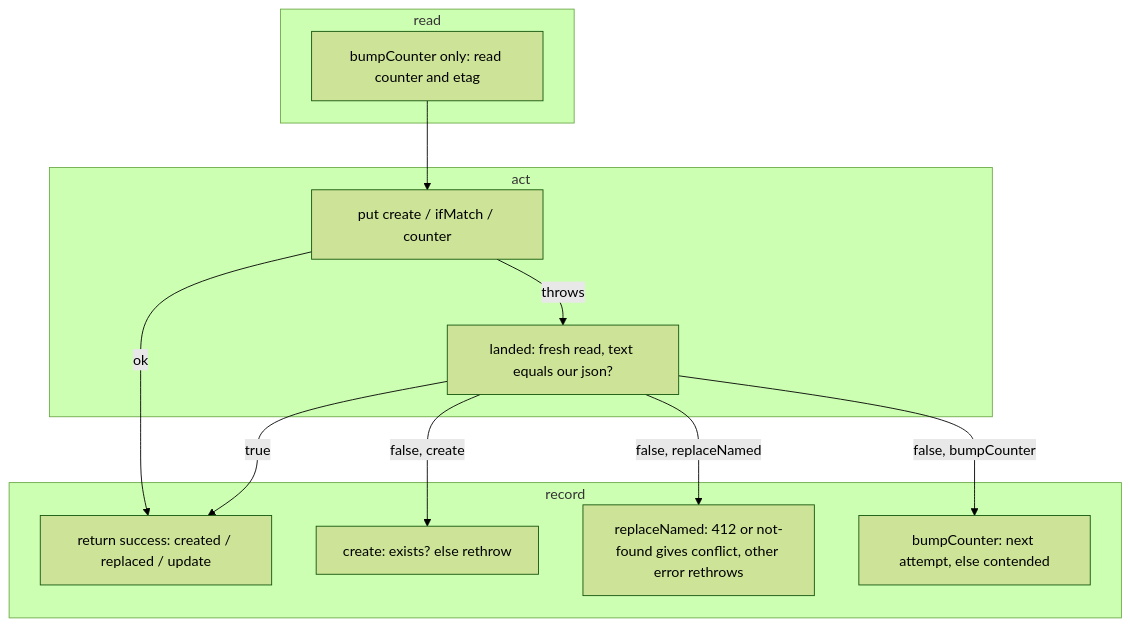
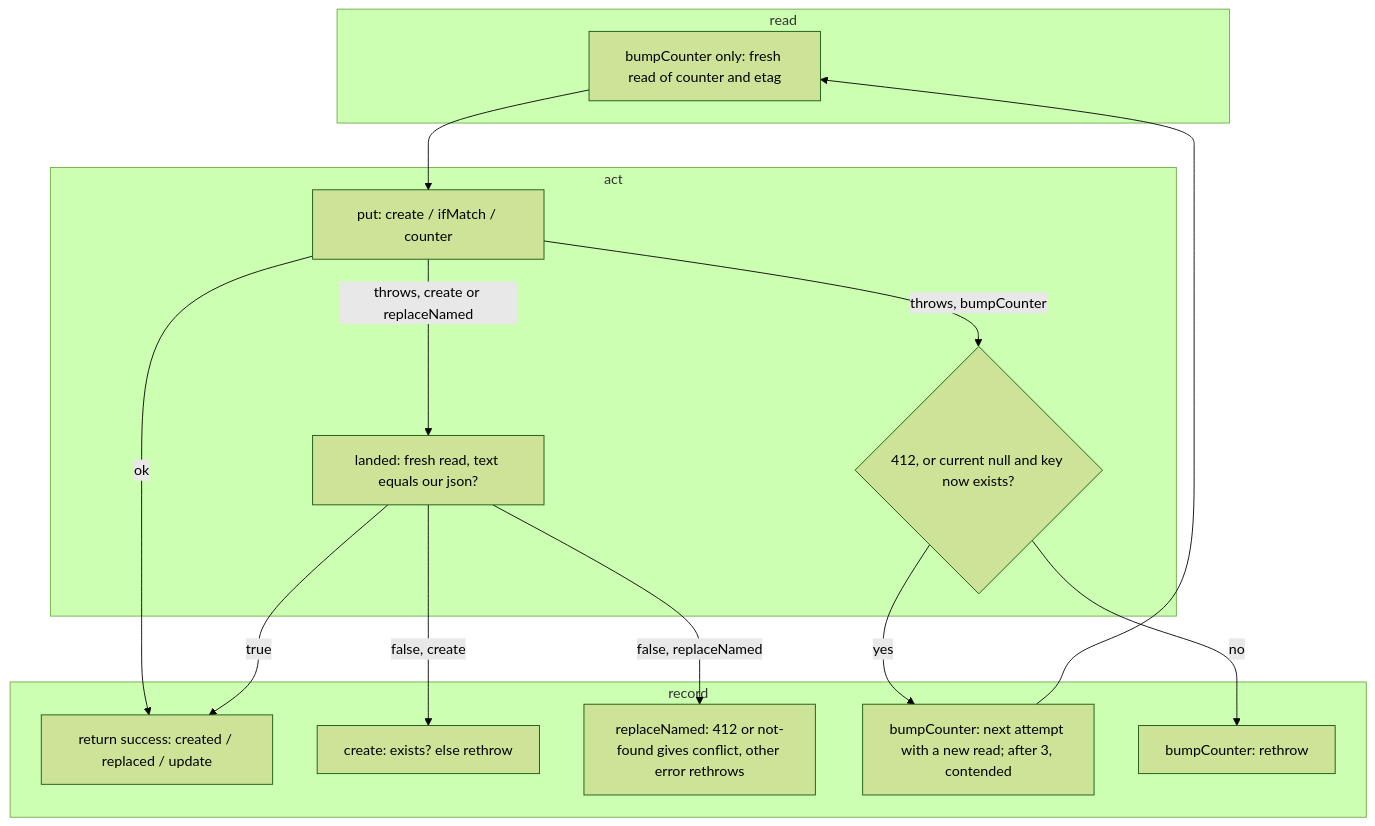
The diagram in projects/strategy-game-sim/tickets/SGS-130-blob-landed-write-retry-cap.md (NicholasKChoi/WOTR_Combat_Simulator), drawn with Mermaid (forest theme) before and after one commit. The commit also changed other lines of this file and 15 other files, not shown here.

````diff
--- a/projects/strategy-game-sim/tickets/SGS-130-blob-landed-write-retry-cap.md
+++ b/projects/strategy-game-sim/tickets/SGS-130-blob-landed-write-retry-cap.md
@@ -46,22 +50,26 @@
 ```mermaid
 flowchart TD
   subgraph read
-    R[bumpCounter only: read counter and etag]
+    R[bumpCounter only: fresh read of counter and etag]
   end
   subgraph act
-    P[put create / ifMatch / counter]
-    P -->|throws| L[landed: fresh read, text equals our json?]
+    P[put: create / ifMatch / counter]
+    P -->|throws, create or replaceNamed| L[landed: fresh read, text equals our json?]
+    P -->|throws, bumpCounter| Q{412, or current null and key now exists?}
   end
   subgraph record
     OK[return success: created / replaced / update]
     C[create: exists? else rethrow]
     CF[replaceNamed: 412 or not-found gives conflict, other error rethrows]
-    N[bumpCounter: next attempt, else contended]
+    N[bumpCounter: next attempt with a new read; after 3, contended]
+    T[bumpCounter: rethrow]
   end
   R --> P
   P -->|ok| OK
   L -->|true| OK
   L -->|false, create| C
   L -->|false, replaceNamed| CF
-  L -->|false, bumpCounter| N
+  Q -->|yes| N
+  Q -->|no| T
+  N --> R
 ```
````
